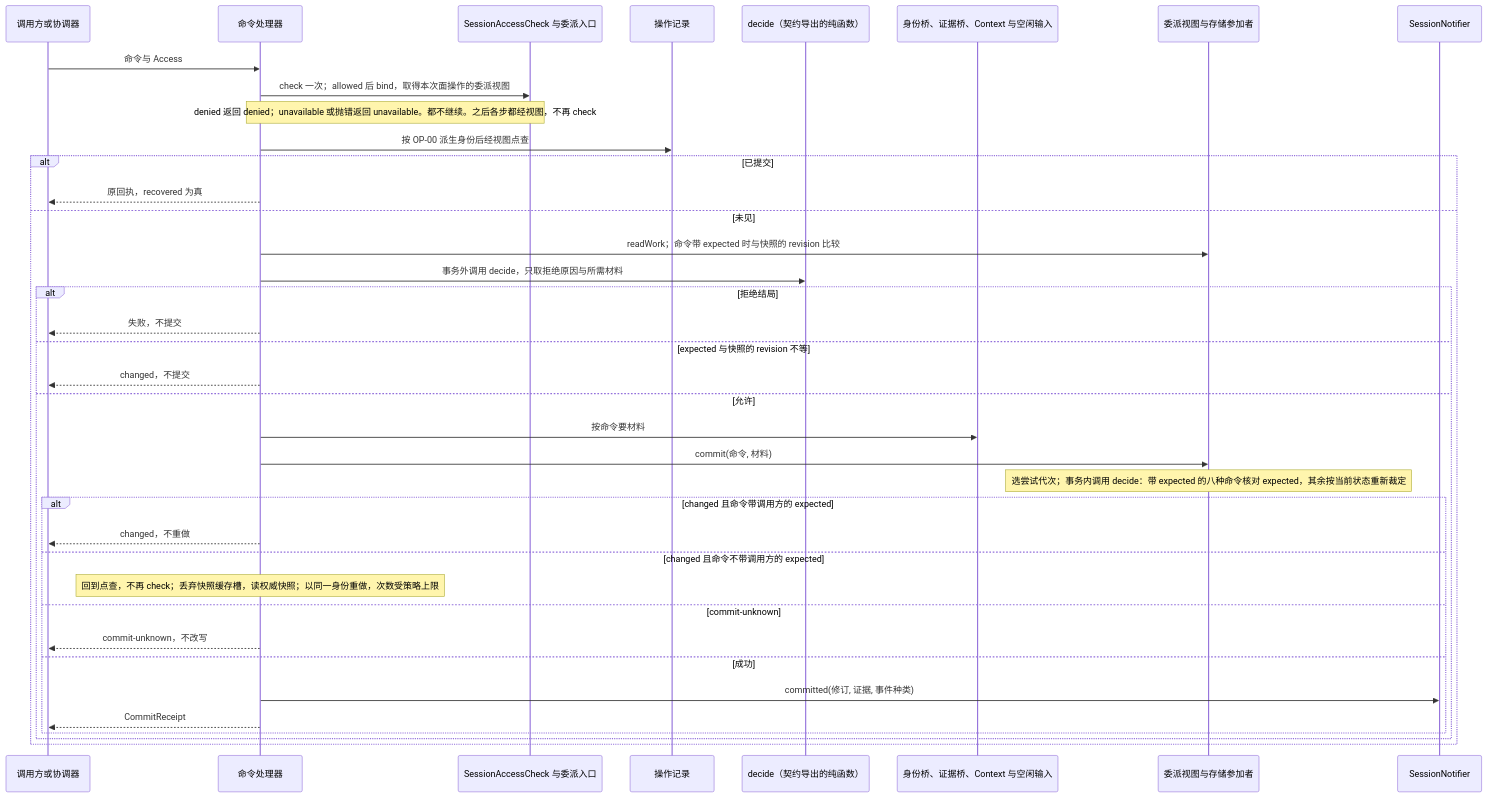
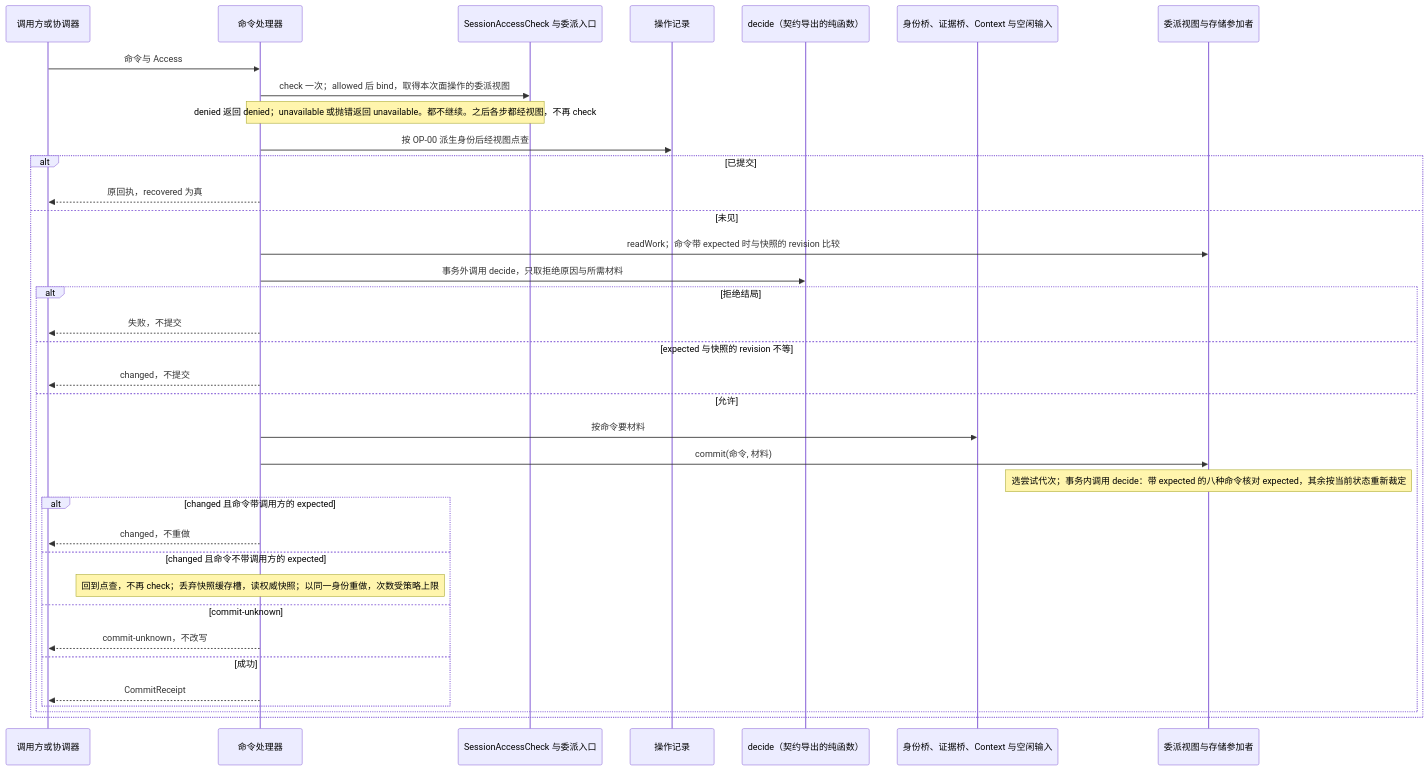
One commit to nemori-ai/omne-harness-lite changed the first of 15 diagrams in packages/session/session/docs/flows.md. Above: the diagram before and after it, drawn with Mermaid. The commit also changed 36 other files, not shown here.

````diff
--- a/packages/session/session/docs/flows.md
+++ b/packages/session/session/docs/flows.md
@@ -13,40 +13,38 @@
 ```mermaid
 sequenceDiagram
     participant Caller as 调用方或协调器
     participant CP as 命令处理器
     participant AC as SessionAccessCheck 与委派入口
     participant Op as 操作记录
     participant DS as decide（契约导出的纯函数）
     participant Br as 身份桥、证据桥、Context 与空闲输入
     participant Tx as 委派视图与存储参加者
-    participant N as SessionNotifier
     Caller->>CP: 命令与 Access
     CP->>AC: check 一次；allowed 后 bind，取得本次面操作的委派视图
     Note over CP,AC: denied 返回 denied；unavailable 或抛错返回 unavailable。都不继续。之后各步都经视图，不再 check
     CP->>Op: 按 OP-00 派生身份后经视图点查
     alt 已提交
         CP-->>Caller: 原回执，recovered 为真
     else 未见
         CP->>Tx: readWork；命令带 expected 时与快照的 revision 比较
         CP->>DS: 事务外调用 decide，只取拒绝原因与所需材料
         alt 拒绝结局
             CP-->>Caller: 失败，不提交
         else expected 与快照的 revision 不等
             CP-->>Caller: changed，不提交
         else 允许
             CP->>Br: 按命令要材料
             CP->>Tx: commit(命令, 材料)
             Note over Tx: 选尝试代次；事务内调用 decide：带 expected 的八种命令核对 expected，其余按当前状态重新裁定
             alt changed 且命令带调用方的 expected
                 CP-->>Caller: changed，不重做
             else changed 且命令不带调用方的 expected
                 Note over CP: 回到点查，不再 check；丢弃快照缓存槽，读权威快照；以同一身份重做，次数受策略上限
             else commit-unknown
                 CP-->>Caller: commit-unknown，不改写
             else 成功
-                CP->>N: committed(修订, 证据, 事件种类)
                 CP-->>Caller: CommitReceipt
             end
         end
     end
 ```
````
